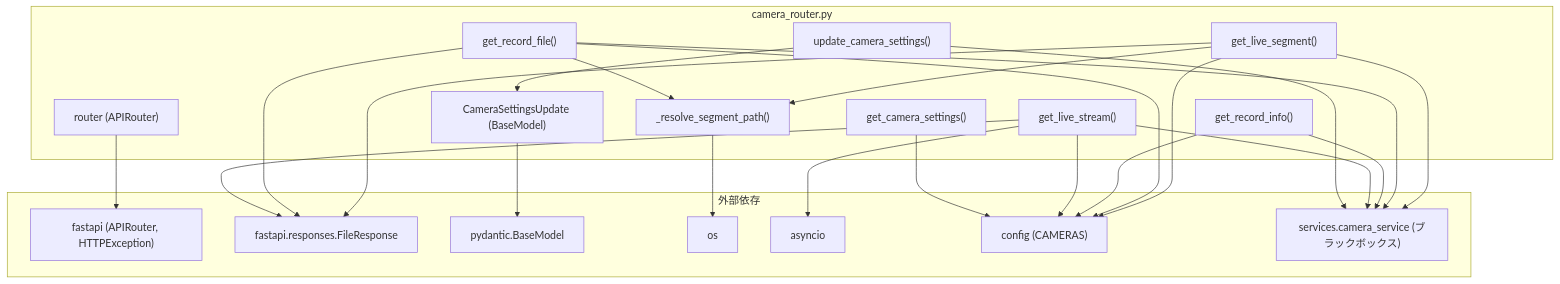
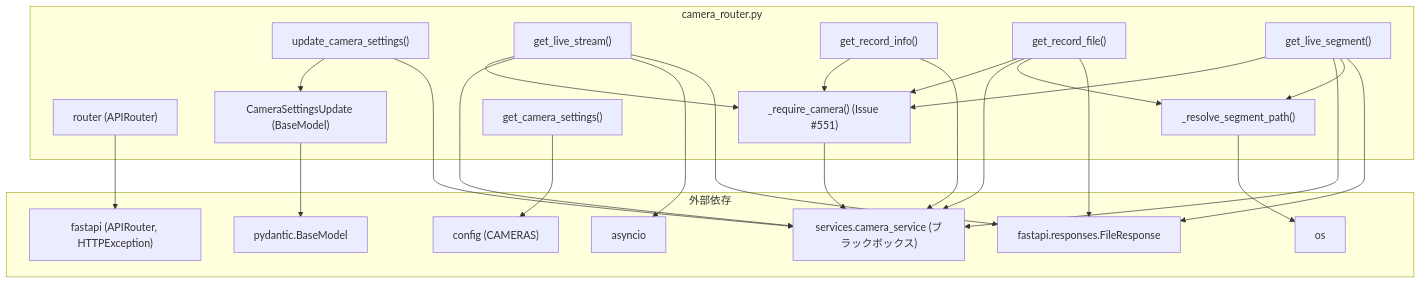
One commit to mmtigers/my_python_project changed the second of 2 diagrams in docs/specifications/MY_HOME_SYSTEM/camera_router.md. Above: the diagram before and after it, drawn with Mermaid. The commit also changed other lines of this file and 4 other files, not shown here.

First line of the commit message:
Issue #551: services/quest分割・camera_router整理に伴う仕様書ドリフトを解消

````diff
--- a/docs/specifications/MY_HOME_SYSTEM/camera_router.md
+++ b/docs/specifications/MY_HOME_SYSTEM/camera_router.md
@@ -259,45 +283,47 @@
 ```mermaid
 graph TD
     subgraph "camera_router.py"
         router["router (APIRouter)"]
         CameraSettingsUpdate["CameraSettingsUpdate (BaseModel)"]
+        require_camera["_require_camera() (Issue #551)"]
         resolve_segment_path["_resolve_segment_path()"]
         get_camera_settings["get_camera_settings()"]
         update_camera_settings["update_camera_settings()"]
         get_live_stream["get_live_stream()"]
         get_record_info["get_record_info()"]
         get_record_file["get_record_file()"]
         get_live_segment["get_live_segment()"]
     end
 
     subgraph "外部依存"
         fastapi["fastapi (APIRouter, HTTPException)"]
         fastapi_responses["fastapi.responses.FileResponse"]
         pydantic_mod["pydantic.BaseModel"]
         os_mod["os"]
         asyncio_mod["asyncio"]
         config["config (CAMERAS)"]
         camera_service["services.camera_service (ブラックボックス)"]
     end
 
     router --> fastapi
     CameraSettingsUpdate --> pydantic_mod
     update_camera_settings --> CameraSettingsUpdate
     update_camera_settings --> camera_service
     get_camera_settings --> config
-    get_live_stream --> config
+    require_camera --> camera_service
+    get_live_stream --> require_camera
     get_live_stream --> camera_service
     get_live_stream --> asyncio_mod
     get_live_stream --> fastapi_responses
-    get_record_info --> config
+    get_record_info --> require_camera
     get_record_info --> camera_service
-    get_record_file --> config
+    get_record_file --> require_camera
     get_record_file --> camera_service
     get_record_file --> resolve_segment_path
     get_record_file --> fastapi_responses
-    get_live_segment --> config
+    get_live_segment --> require_camera
     get_live_segment --> camera_service
     get_live_segment --> resolve_segment_path
     get_live_segment --> fastapi_responses
     resolve_segment_path --> os_mod
 ```
````
